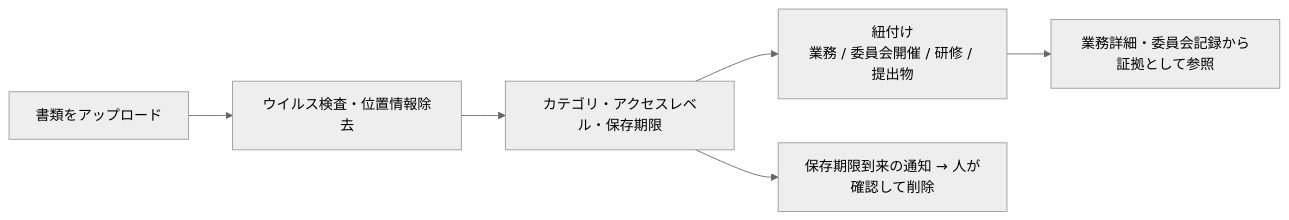
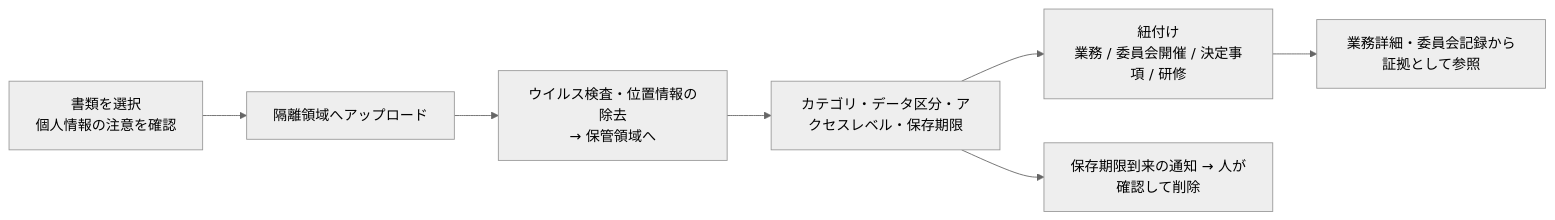
Before and after one commit to mao726/company: the eighth of 11 diagrams in ai-facility-partner/docs/product/user-flows.md, drawn with Mermaid (neutral theme). The commit also changed other lines of this file and 22 other files, not shown here.

````diff
--- a/ai-facility-partner/docs/product/user-flows.md
+++ b/ai-facility-partner/docs/product/user-flows.md
@@ -119,8 +136,9 @@
 ```mermaid
 flowchart LR
-  A[書類をアップロード] --> B[ウイルス検査・位置情報除去]
-  B --> C[カテゴリ・アクセスレベル・保存期限]
-  C --> D[紐付け<br/>業務 / 委員会開催 / 研修 / 提出物]
-  D --> E[業務詳細・委員会記録から証拠として参照]
-  C --> F[保存期限到来の通知 → 人が確認して削除]
+  A[書類を選択<br/>個人情報の注意を確認] --> B[隔離領域へアップロード]
+  B --> C[ウイルス検査・位置情報の除去<br/>→ 保管領域へ]
+  C --> D[カテゴリ・データ区分・アクセスレベル・保存期限]
+  D --> E[紐付け<br/>業務 / 委員会開催 / 決定事項 / 研修]
+  E --> F[業務詳細・委員会記録から証拠として参照]
+  D --> G[保存期限到来の通知 → 人が確認して削除]
 ```
````
